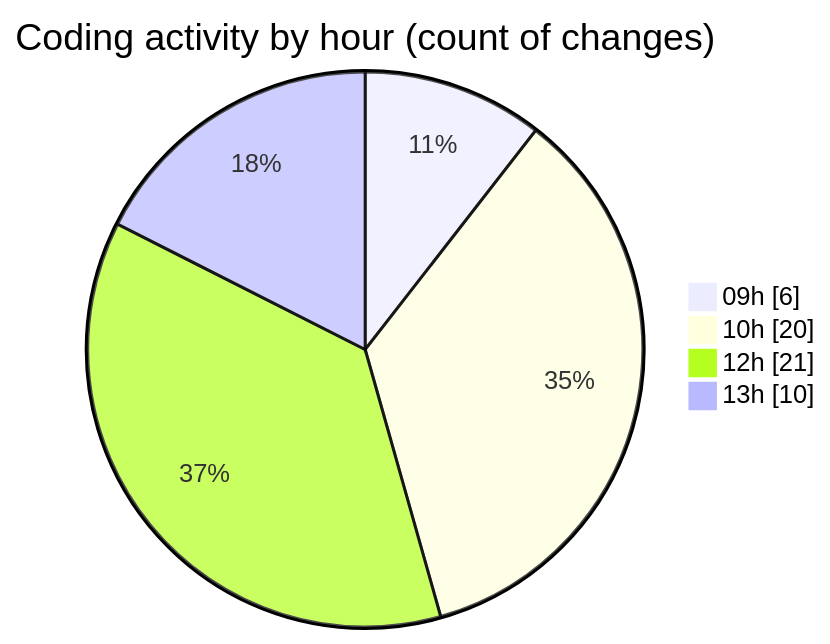
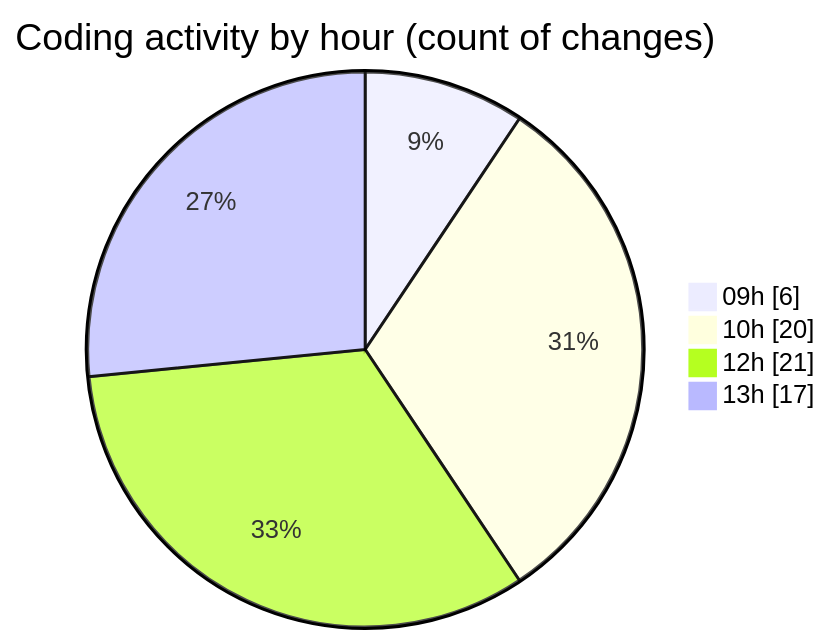
One commit to becaeroporto-bot/code-tracking changed the second of 2 diagrams in 2026-02-18/bot_v1_2/README.md. Above: the diagram before and after it, drawn with Mermaid. The commit also changed other lines of this file and 1 other file, not shown here.

````diff
--- a/2026-02-18/bot_v1_2/README.md
+++ b/2026-02-18/bot_v1_2/README.md
@@ -55,8 +55,8 @@
 ```mermaid
 pie showData
 title Coding activity by hour (count of changes)
 "09h" : 6
 "10h" : 20
 "12h" : 21
-"13h" : 10
+"13h" : 17
 ```
````
